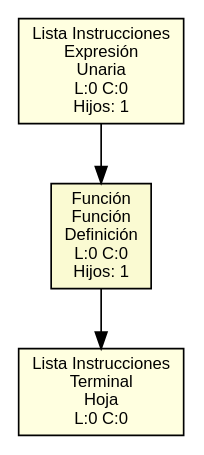
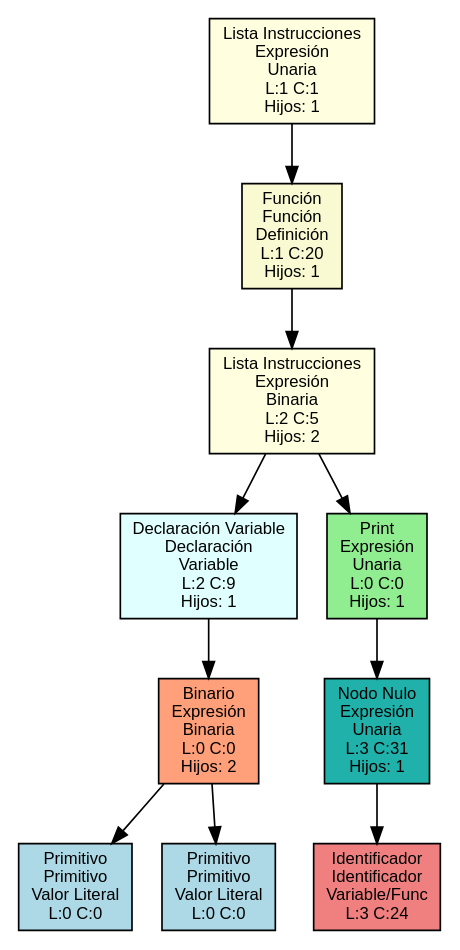
Before and after one commit to bryan-ignacio/OLC2_P1_201602516: the diagram in reporte_ast.dot, drawn with Graphviz. The commit also changed 12 other files, not shown here.

```diff
--- a/reporte_ast.dot
+++ b/reporte_ast.dot
@@ -1,11 +1,25 @@
 digraph AST {
     rankdir=TB;
     node [shape=box, style=filled, fontname="Arial", fontsize=10];
     edge [fontname="Arial", fontsize=8];
     
-    node0 [label="Lista Instrucciones\nExpresión\nUnaria\nL:0 C:0\nHijos: 1", fillcolor="lightyellow"];
-    node1 [label="Función\nFunción\nDefinición\nL:0 C:0\nHijos: 1", fillcolor="lightgoldenrodyellow"];
+    node0 [label="Lista Instrucciones\nExpresión\nUnaria\nL:1 C:1\nHijos: 1", fillcolor="lightyellow"];
+    node1 [label="Función\nFunción\nDefinición\nL:1 C:20\nHijos: 1", fillcolor="lightgoldenrodyellow"];
     node0 -> node1;
-    node2 [label="Lista Instrucciones\nTerminal\nHoja\nL:0 C:0", fillcolor="lightyellow"];
+    node2 [label="Lista Instrucciones\nExpresión\nBinaria\nL:2 C:5\nHijos: 2", fillcolor="lightyellow"];
     node1 -> node2;
+    node3 [label="Declaración Variable\nDeclaración\nVariable\nL:2 C:9\nHijos: 1", fillcolor="lightcyan"];
+    node2 -> node3;
+    node4 [label="Binario\nExpresión\nBinaria\nL:0 C:0\nHijos: 2", fillcolor="lightsalmon"];
+    node3 -> node4;
+    node5 [label="Primitivo\nPrimitivo\nValor Literal\nL:0 C:0", fillcolor="lightblue"];
+    node4 -> node5;
+    node6 [label="Primitivo\nPrimitivo\nValor Literal\nL:0 C:0", fillcolor="lightblue"];
+    node4 -> node6;
+    node7 [label="Print\nExpresión\nUnaria\nL:0 C:0\nHijos: 1", fillcolor="lightgreen"];
+    node2 -> node7;
+    node8 [label="Nodo Nulo\nExpresión\nUnaria\nL:3 C:31\nHijos: 1", fillcolor="lightseagreen"];
+    node7 -> node8;
+    node9 [label="Identificador\nIdentificador\nVariable/Func\nL:3 C:24", fillcolor="lightcoral"];
+    node8 -> node9;
 }
```
